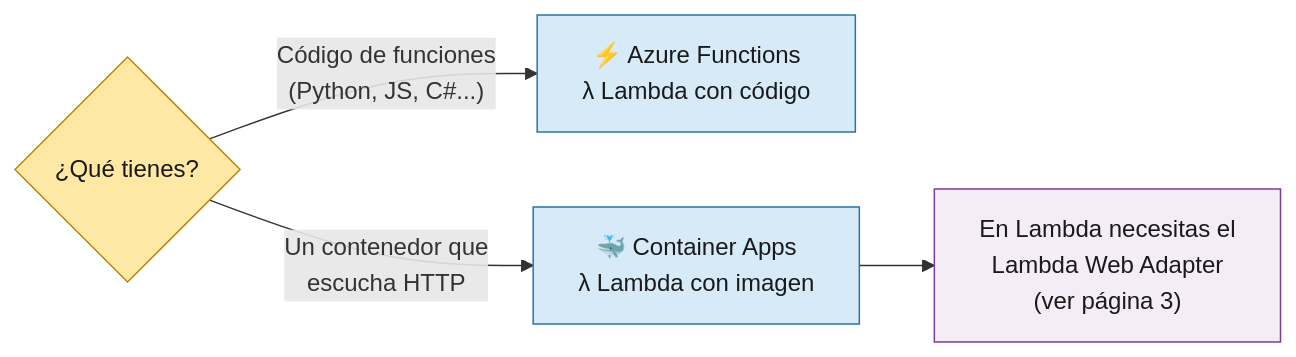
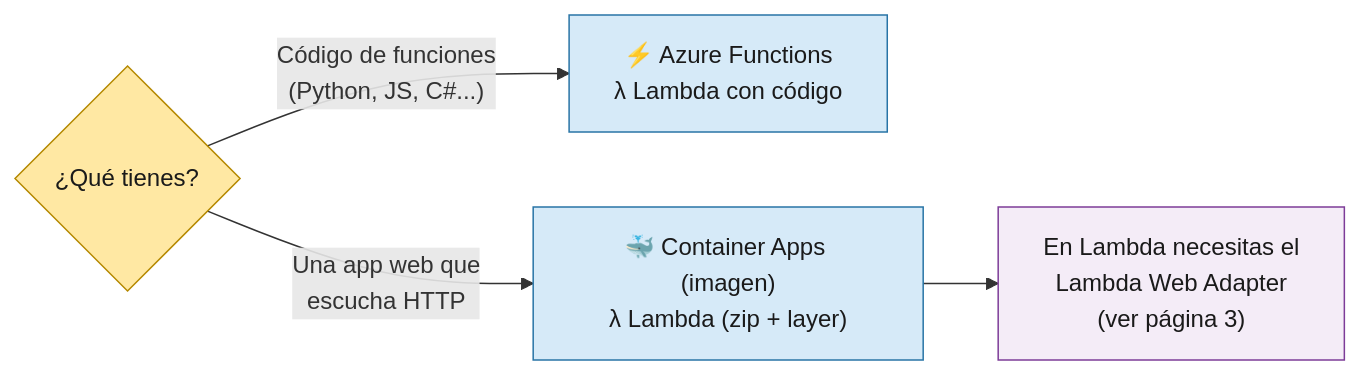
Before and after one commit to yembertQC/Reto_Platform-Enginner_ED-Team: the fourth of 4 diagrams in doc/01-Introduccion-Serverless.md, drawn with Mermaid. The commit also changed other lines of this file and 28 other files, not shown here.

````diff
--- a/doc/01-Introduccion-Serverless.md
+++ b/doc/01-Introduccion-Serverless.md
@@ -116,14 +116,14 @@
 ```mermaid
 flowchart LR
     Q{"¿Qué tienes?"}
     Q -->|"Código de funciones<br/>(Python, JS, C#...)"| F["⚡ Azure Functions<br/>λ Lambda con código"]
-    Q -->|"Un contenedor que<br/>escucha HTTP"| C["🐳 Container Apps<br/>λ Lambda con imagen"]
+    Q -->|"Una app web que<br/>escucha HTTP"| C["🐳 Container Apps (imagen)<br/>λ Lambda (zip + layer)"]
     C --> NOTE["En Lambda necesitas el<br/>Lambda Web Adapter<br/>(ver página 3)"]
 
     classDef q fill:#FFE8A3,stroke:#B58900,color:#1a1a1a
     classDef opt fill:#D6EAF8,stroke:#2874A6,color:#1a1a1a
     classDef note fill:#F4ECF7,stroke:#7D3C98,color:#1a1a1a
     class Q q
     class F,C opt
     class NOTE note
 ```
````
